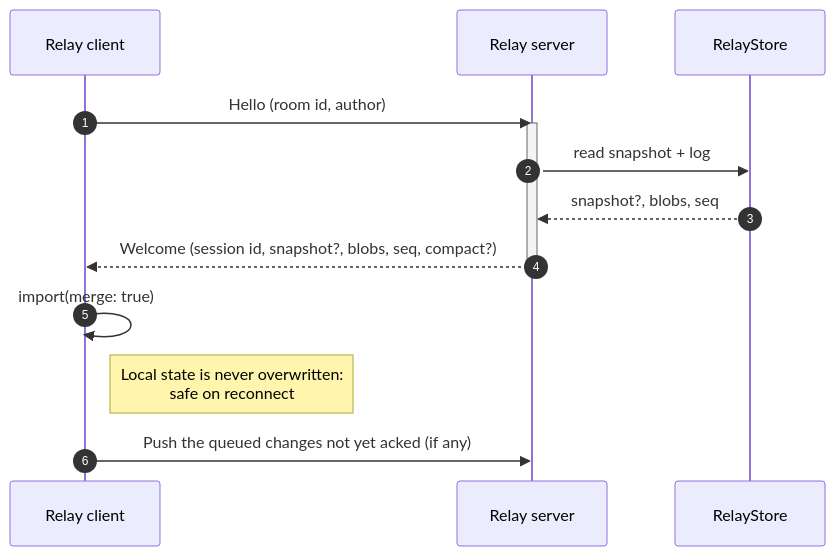
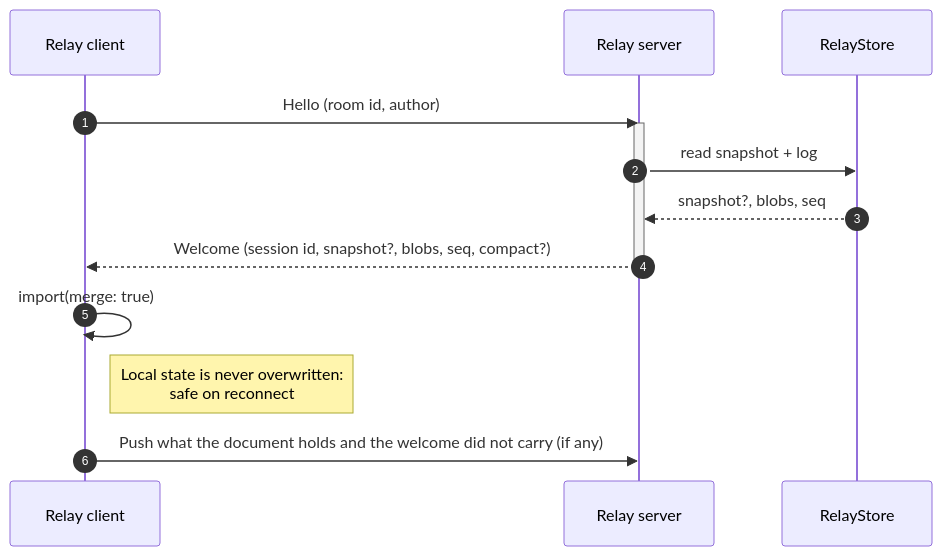
One commit to MattiaPispisa/crdt changed the first of 5 diagrams in docs/docs/connectors/sync/relay.mdx. Above: the diagram before and after it, drawn with Mermaid. The commit also changed other lines of this file and 83 other files, not shown here.

````diff
--- a/docs/docs/connectors/sync/relay.mdx
+++ b/docs/docs/connectors/sync/relay.mdx
@@ -79,18 +53,18 @@
 ```mermaid
 sequenceDiagram
     autonumber
     participant C as Relay client
     participant R as Relay server
     participant S as RelayStore
 
     C->>R: Hello (room id, author)
     activate R
     R->>S: read snapshot + log
     S-->>R: snapshot?, blobs, seq
     R-->>C: Welcome (session id, snapshot?, blobs, seq, compact?)
     deactivate R
 
     C->>C: import(merge: true)
     Note right of C: Local state is never overwritten:<br/>safe on reconnect
-    C->>R: Push the queued changes not yet acked (if any)
+    C->>R: Push what the document holds and the welcome did not carry (if any)
 ```
````
